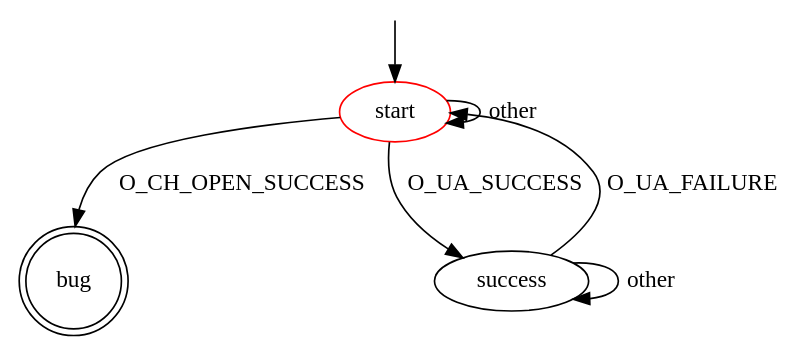
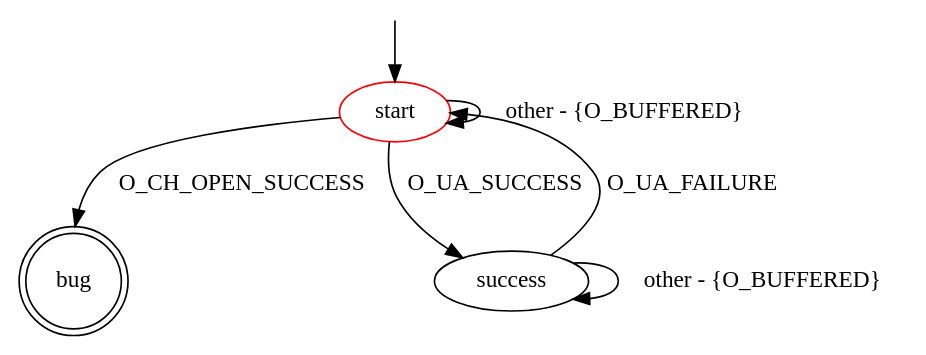
One commit to assist-project/state-machine-bug-finder changed the diagram in src/main/resources/patterns/ssh/unauthenticated_client.dot. Above: the diagram before and after it, drawn with Graphviz. The commit also changed 4 other files, not shown here.

```diff
--- a/src/main/resources/patterns/ssh/unauthenticated_client.dot
+++ b/src/main/resources/patterns/ssh/unauthenticated_client.dot
@@ -1,14 +1,14 @@
 digraph G {
 label=""
 start [color="red"]
 bug [shape="doublecircle"]
 
 start -> bug [label="O_CH_OPEN_SUCCESS"]
 start -> success [label="O_UA_SUCCESS"]
-start -> start [label="other"]
+start -> start [label="other - {O_BUFFERED}"]
 success -> start [label="O_UA_FAILURE"]
-success -> success [label="other"]
+success -> success [label="other - {O_BUFFERED}"]
 
 __start0 [label="" shape="none" width="0" height="0"];
 __start0 -> start;
 }
```
